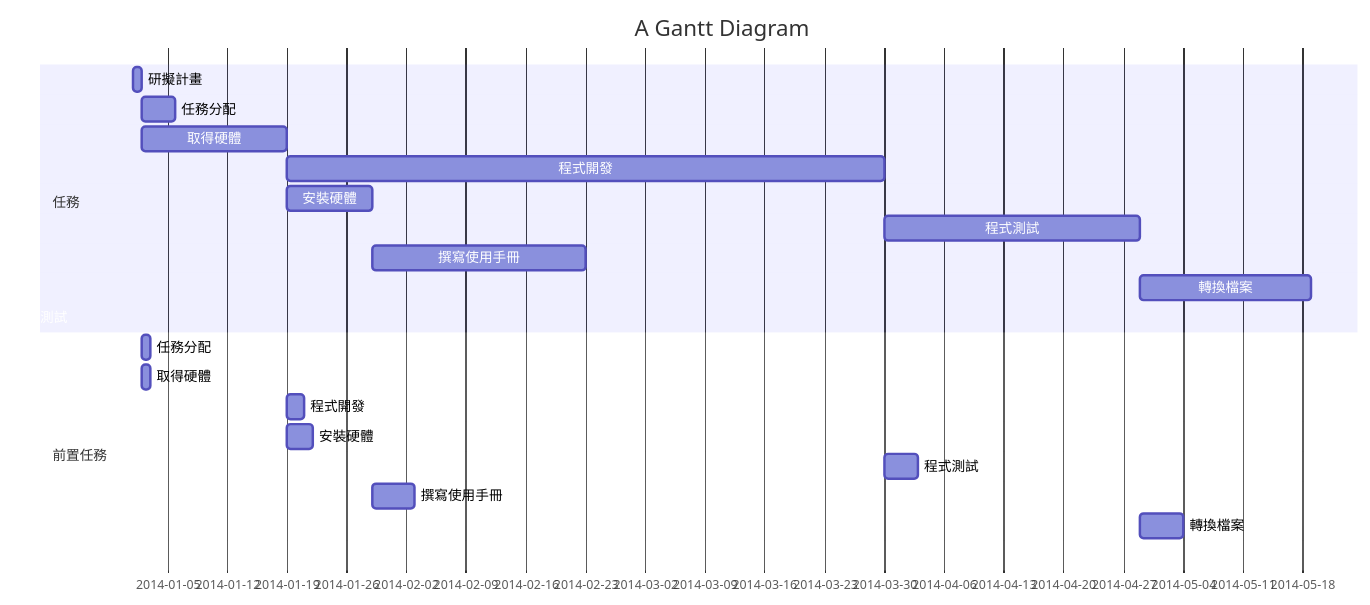
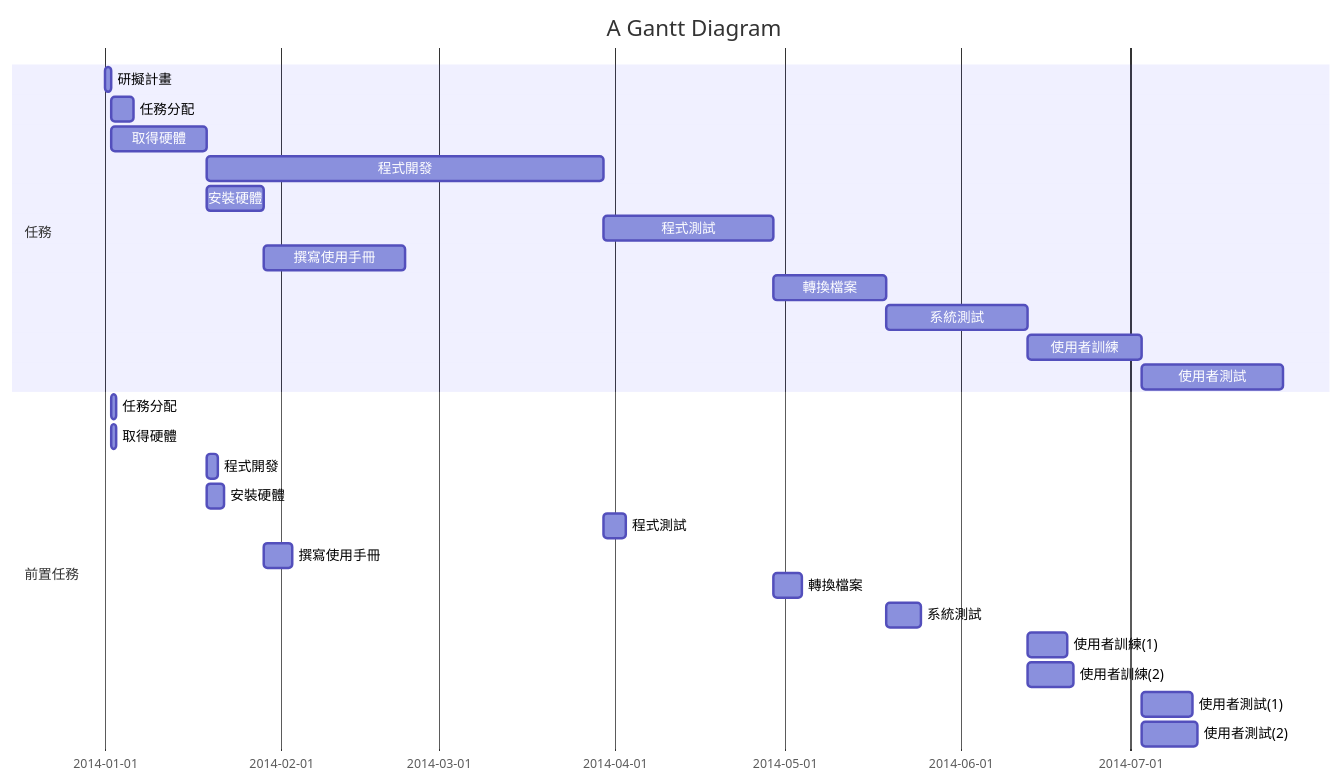
One commit to TimerWu/2022-3a changed the diagram in hw2.md. Above: the diagram before and after it, drawn with Mermaid.

````diff
--- a/hw2.md
+++ b/hw2.md
@@ -15,25 +15,30 @@
 ```mermaid
 gantt
     title A Gantt Diagram
 
     section 任務
     研擬計畫           :a1, 2014-01-01, 1d
     任務分配           :a2, after a1  , 4d
     取得硬體           :a3, after a1  , 17d
     程式開發           :a4, after a3  , 70d
     安裝硬體           :a5, after a3  , 10d
     程式測試           :a6, after a4  , 30d
     撰寫使用手冊       :a7, after a5  , 25d
     轉換檔案           :a8, after a6  , 20d
-    系統測試           :a8, after a8  , 25d
-    
+    系統測試           :a9, after a8  , 25d
+    使用者訓練         :a10, after a9  , 20d
+    使用者測試         :a11, after a10  , 25d
     section 前置任務
     任務分配    :after a1  , 1d
     取得硬體    :after a1  , 1d
     程式開發    :after a3  , 2d
     安裝硬體    :after a3  , 3d
     程式測試    :after a4  , 4d
     撰寫使用手冊    :after a5  , 5d
     轉換檔案    :after a6  , 5d
     系統測試    :after a8  , 6d
+    使用者訓練(1)    :after a9  , 7d
+    使用者訓練(2)    :after a9  , 8d
+    使用者測試(1)    :after a10  , 9d
+    使用者測試(2)    :after a10  , 10d
 ```
````
